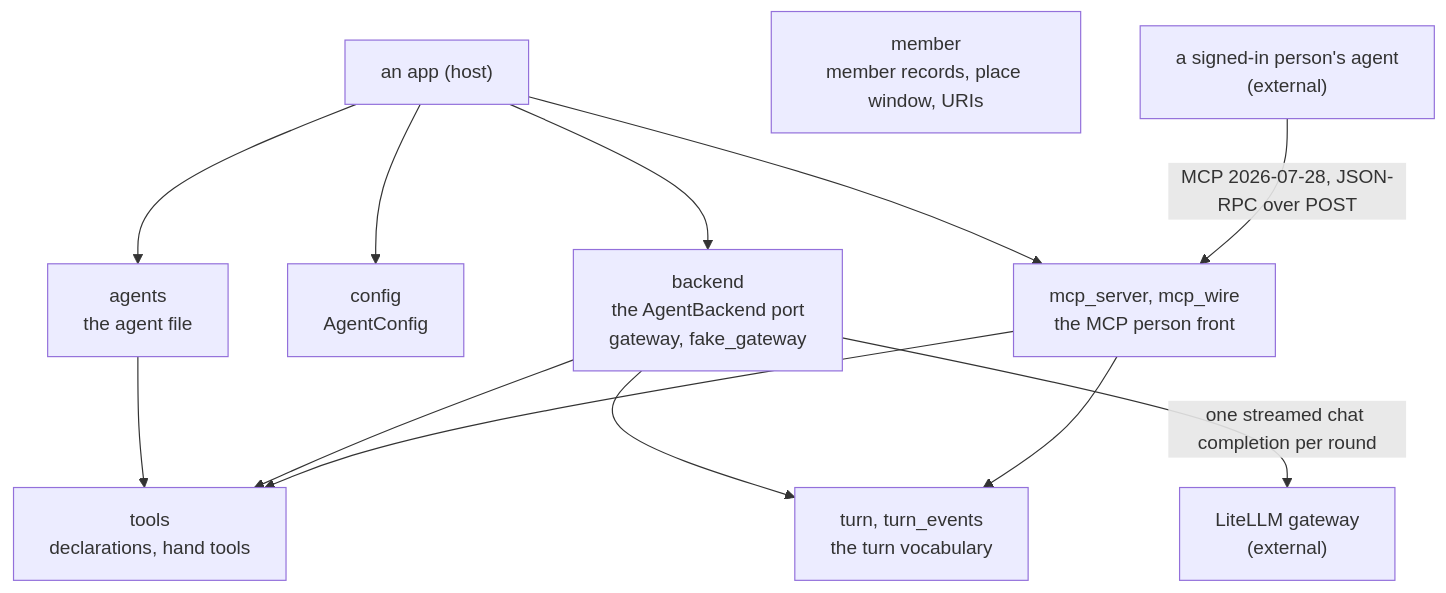
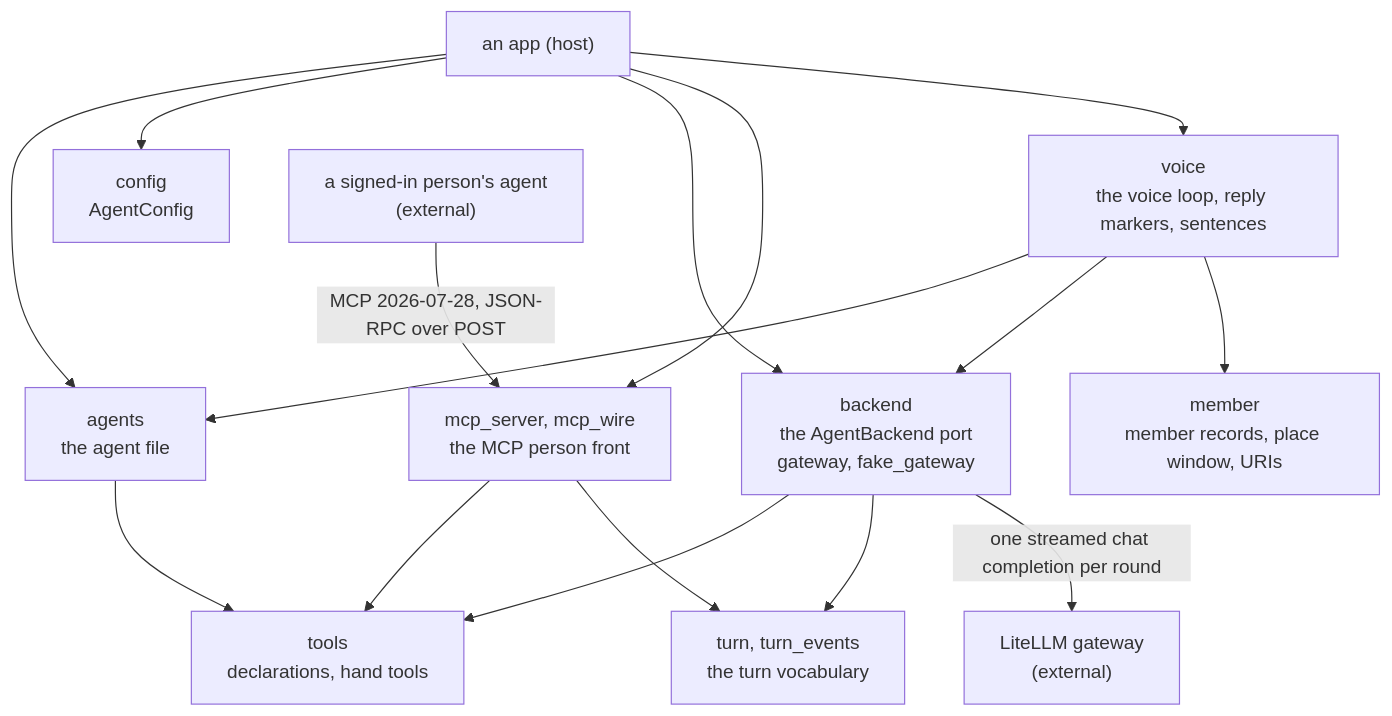
The first of 2 diagrams in docs/ARCHITECTURE.md (overnightworks/agent-runtime), drawn with Mermaid before and after one commit. The commit also changed other lines of this file and 17 other files, not shown here.

````diff
--- a/docs/ARCHITECTURE.md
+++ b/docs/ARCHITECTURE.md
@@ -14,25 +14,30 @@
 ```mermaid
 flowchart TB
     app["an app (host)"]
     agents["agents<br/>the agent file"]
     tools["tools<br/>declarations, hand tools"]
     config["config<br/>AgentConfig"]
     backend["backend<br/>the AgentBackend port<br/>gateway, fake_gateway"]
     turn["turn, turn_events<br/>the turn vocabulary"]
     mcp["mcp_server, mcp_wire<br/>the MCP person front"]
     member["member<br/>member records, place window, URIs"]
+    voice["voice<br/>the voice loop, reply markers, sentences"]
     gateway["LiteLLM gateway<br/>(external)"]
     person["a signed-in person's agent<br/>(external)"]
 
     app --> agents
     app --> config
     app --> backend
     app --> mcp
+    app --> voice
     agents --> tools
     backend --> tools
     backend --> turn
     mcp --> tools
     mcp --> turn
+    voice --> agents
+    voice --> backend
+    voice --> member
     backend -->|"one streamed chat completion per round"| gateway
     person -->|"MCP 2026-07-28, JSON-RPC over POST"| mcp
 ```
````
